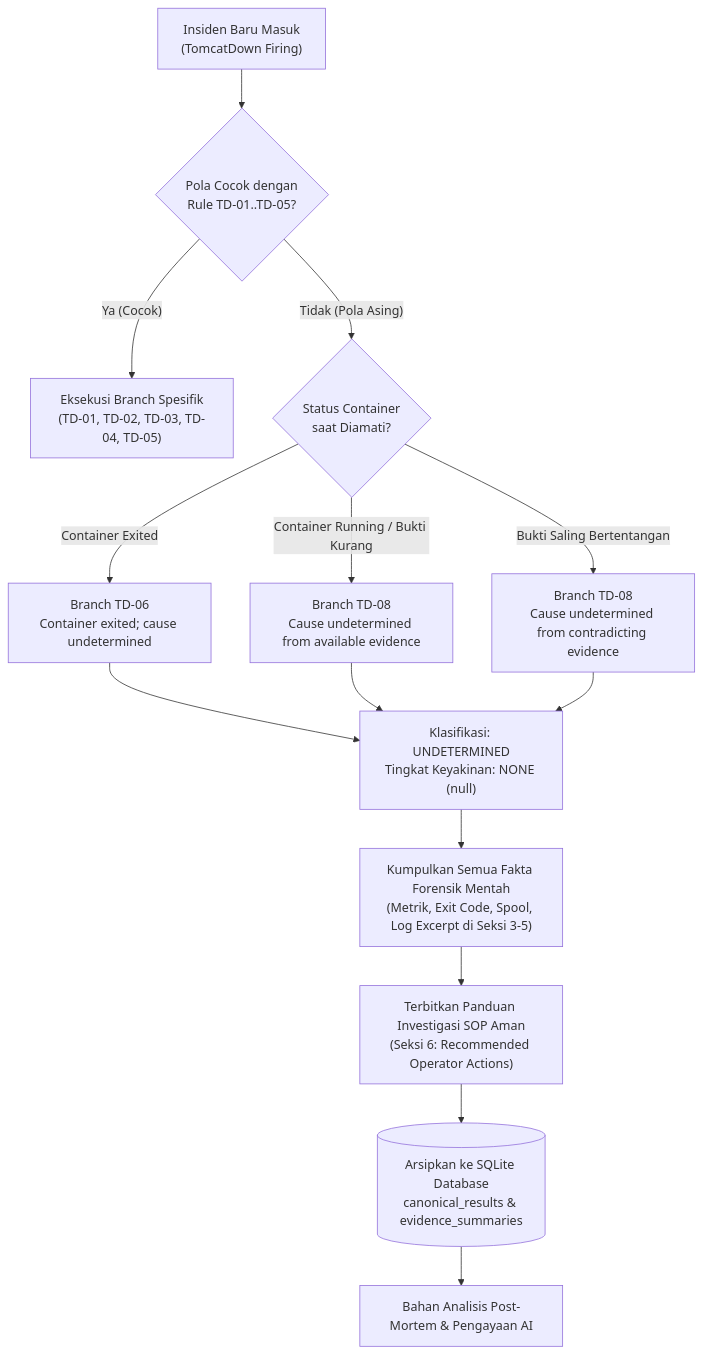
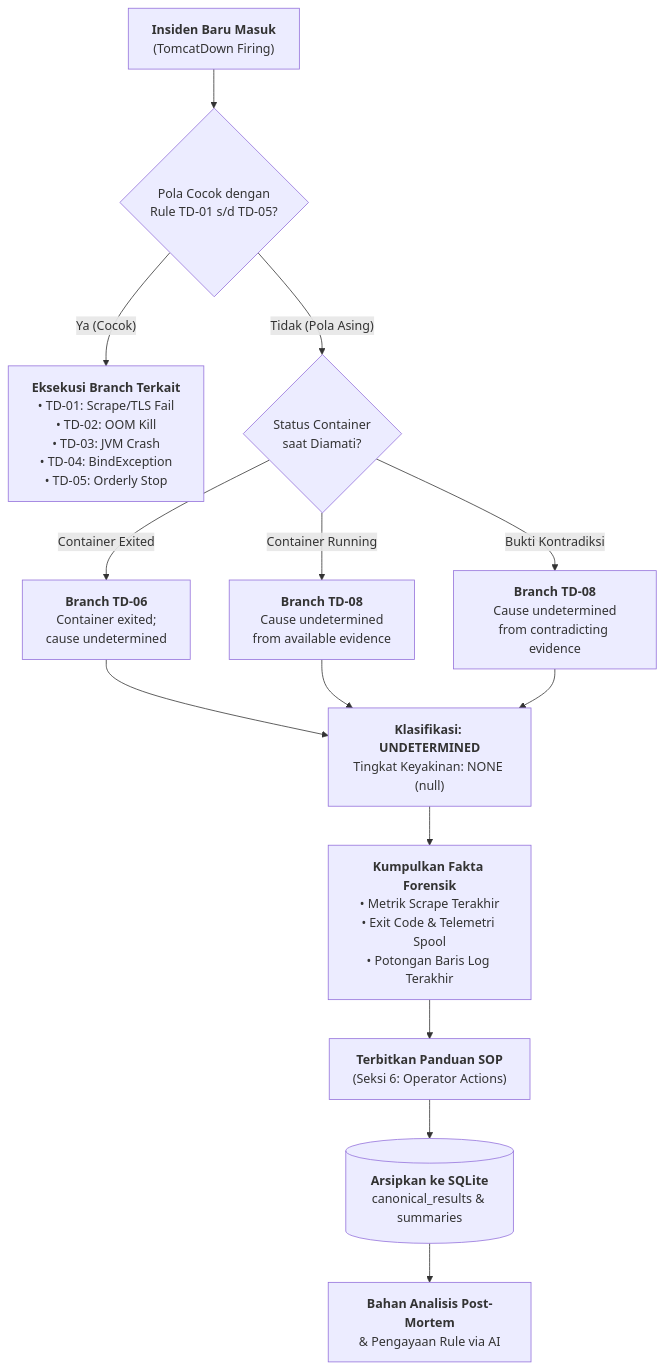
One commit to edkas07-oss/devops-handbook changed the second of 3 diagrams in docs/projects/tomcat-monitoring/diagnostic-mvp/knowledge-base-and-ai-enrichment-architecture.md. Above: the diagram before and after it, drawn with Mermaid. The commit also changed other lines of this file, not shown here.

Commit message:
docs(architecture): eliminate nested subgraphs and optimize Mermaid node wrapping

````diff
--- a/docs/projects/tomcat-monitoring/diagnostic-mvp/knowledge-base-and-ai-enrichment-architecture.md
+++ b/docs/projects/tomcat-monitoring/diagnostic-mvp/knowledge-base-and-ai-enrichment-architecture.md
@@ -57,21 +47,22 @@
 ```mermaid
 flowchart TD
-    A["Insiden Baru Masuk<br/>(TomcatDown Firing)"] --> B{"Pola Cocok dengan<br/>Rule TD-01..TD-05?"}
+    A["<b>Insiden Baru Masuk</b><br/>(TomcatDown Firing)"] --> B{"Pola Cocok dengan<br/>Rule TD-01 s/d TD-05?"}
     
-    B -->|"Ya (Cocok)"| C["Eksekusi Branch Spesifik<br/>(TD-01, TD-02, TD-03, TD-04, TD-05)"]
+    B -->|"Ya (Cocok)"| C["<b>Eksekusi Branch Terkait</b><br/>• TD-01: Scrape/TLS Fail<br/>• TD-02: OOM Kill<br/>• TD-03: JVM Crash<br/>• TD-04: BindException<br/>• TD-05: Orderly Stop"]
+    
     B -->|"Tidak (Pola Asing)"| D{"Status Container<br/>saat Diamati?"}
     
-    D -->|"Container Exited"| E["Branch TD-06<br/>Container exited; cause undetermined"]
-    D -->|"Container Running / Bukti Kurang"| F["Branch TD-08<br/>Cause undetermined from available evidence"]
-    D -->|"Bukti Saling Bertentangan"| G["Branch TD-08<br/>Cause undetermined from contradicting evidence"]
+    D -->|"Container Exited"| E["<b>Branch TD-06</b><br/>Container exited;<br/>cause undetermined"]
+    D -->|"Container Running"| F["<b>Branch TD-08</b><br/>Cause undetermined<br/>from available evidence"]
+    D -->|"Bukti Kontradiksi"| G["<b>Branch TD-08</b><br/>Cause undetermined<br/>from contradicting evidence"]
     
-    E & F & G --> H["Klasifikasi: UNDETERMINED<br/>Tingkat Keyakinan: NONE (null)"]
+    E & F & G --> H["<b>Klasifikasi: UNDETERMINED</b><br/>Tingkat Keyakinan: NONE (null)"]
     
-    H --> I["Kumpulkan Semua Fakta Forensik Mentah<br/>(Metrik, Exit Code, Spool, Log Excerpt di Seksi 3-5)"]
+    H --> I["<b>Kumpulkan Fakta Forensik</b><br/>• Metrik Scrape Terakhir<br/>• Exit Code & Telemetri Spool<br/>• Potongan Baris Log Terakhir"]
     
-    I --> J["Terbitkan Panduan Investigasi SOP Aman<br/>(Seksi 6: Recommended Operator Actions)"]
+    I --> J["<b>Terbitkan Panduan SOP</b><br/>(Seksi 6: Operator Actions)"]
     
-    J --> K[("Arsipkan ke SQLite Database<br/>canonical_results & evidence_summaries")]
+    J --> K[("<b>Arsipkan ke SQLite</b><br/>canonical_results & summaries")]
     
-    K --> L["Bahan Analisis Post-Mortem & Pengayaan AI"]
+    K --> L["<b>Bahan Analisis Post-Mortem</b><br/>& Pengayaan Rule via AI"]
 ```
````
